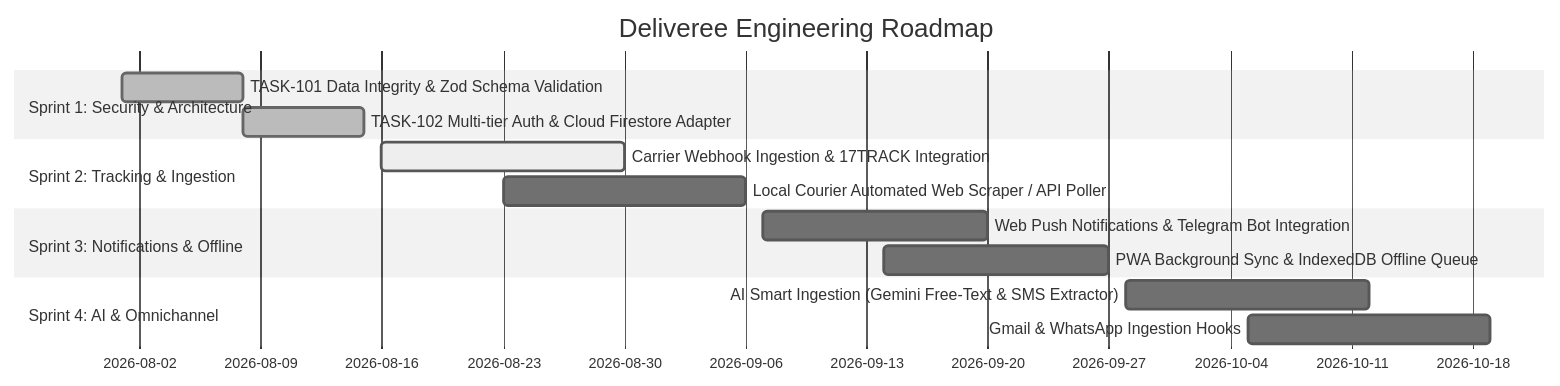
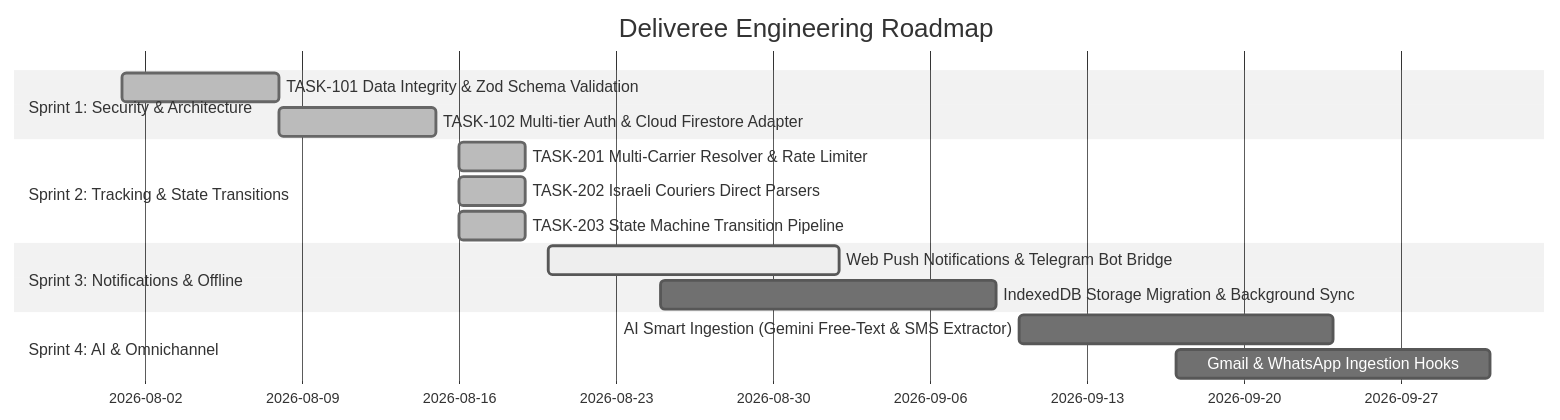
One commit to SaharAga/Deliveree changed the diagram in ROADMAP.md. Above: the diagram before and after it, drawn with Mermaid (neutral theme). The commit also changed other lines of this file and 52 other files, not shown here.

````diff
--- a/ROADMAP.md
+++ b/ROADMAP.md
@@ -10,17 +10,18 @@
 ```mermaid
 gantt
     title Deliveree Engineering Roadmap
     dateFormat  YYYY-MM-DD
     section Sprint 1: Security & Architecture
     TASK-101 Data Integrity & Zod Schema Validation :done, 2026-08-01, 2026-08-08
     TASK-102 Multi-tier Auth & Cloud Firestore Adapter :done, 2026-08-08, 2026-08-15
-    section Sprint 2: Tracking & Ingestion
-    Carrier Webhook Ingestion & 17TRACK Integration :active, 2026-08-16, 2026-08-30
-    Local Courier Automated Web Scraper / API Poller : 2026-08-23, 2026-09-06
+    section Sprint 2: Tracking & State Transitions
+    TASK-201 Multi-Carrier Resolver & Rate Limiter :done, 2026-08-16, 2026-08-19
+    TASK-202 Israeli Couriers Direct Parsers :done, 2026-08-16, 2026-08-19
+    TASK-203 State Machine Transition Pipeline :done, 2026-08-16, 2026-08-19
     section Sprint 3: Notifications & Offline
-    Web Push Notifications & Telegram Bot Integration : 2026-09-07, 2026-09-20
-    PWA Background Sync & IndexedDB Offline Queue : 2026-09-14, 2026-09-27
+    Web Push Notifications & Telegram Bot Bridge :active, 2026-08-20, 2026-09-02
+    IndexedDB Storage Migration & Background Sync : 2026-08-25, 2026-09-09
     section Sprint 4: AI & Omnichannel
-    AI Smart Ingestion (Gemini Free-Text & SMS Extractor) : 2026-09-28, 2026-10-12
-    Gmail & WhatsApp Ingestion Hooks : 2026-10-05, 2026-10-19
+    AI Smart Ingestion (Gemini Free-Text & SMS Extractor) : 2026-09-10, 2026-09-24
+    Gmail & WhatsApp Ingestion Hooks : 2026-09-17, 2026-10-01
 ```
````
